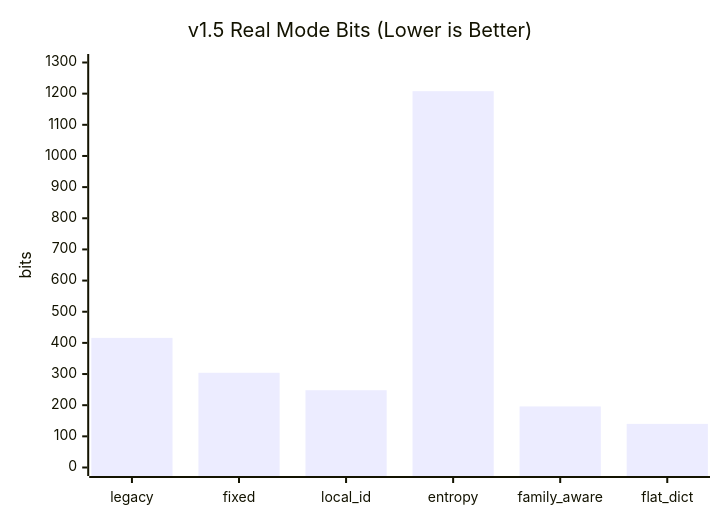
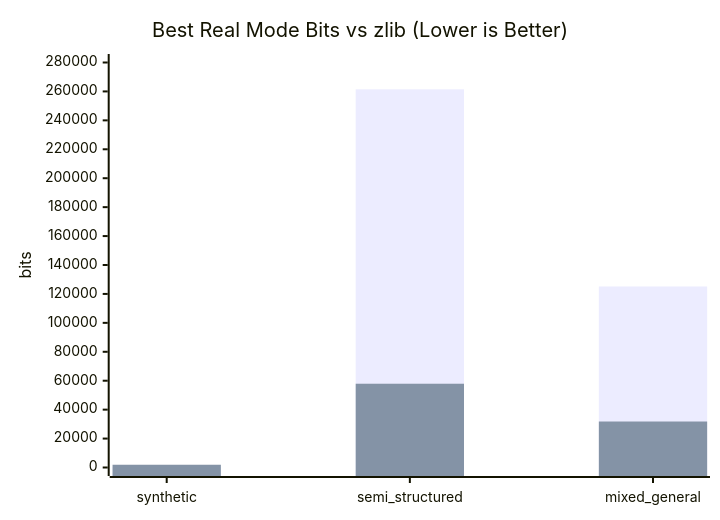
One commit to scruff2/Cube_Compression changed the second of 4 diagrams in README.md. Above: the diagram before and after it, drawn with Mermaid. The commit also changed other lines of this file and 48 other files, not shown here.

````diff
--- a/README.md
+++ b/README.md
@@ -190,7 +183,8 @@
 ```mermaid
 xychart-beta
-    title "v1.5 Real Mode Bits (Lower is Better)"
-    x-axis [legacy, fixed, local_id, entropy, family_aware, flat_dict]
-    y-axis "bits" 0 --> 1300
-    bar [416, 304, 248, 1208, 196, 140]
+    title "Best Real Mode Bits vs zlib (Lower is Better)"
+    x-axis [synthetic, semi_structured, mixed_general]
+    y-axis "bits" 0 --> 280000
+    bar [240, 261464, 125160]
+    bar [1904, 57920, 31800]
 ```
````
